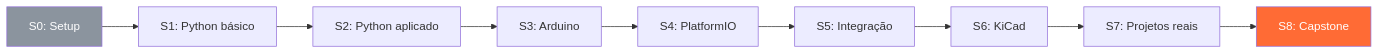
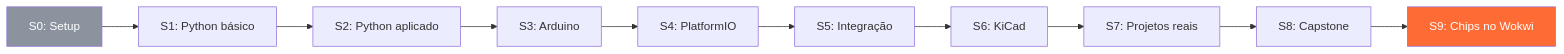
One commit to 1barizon/telemetry-trainee-program changed the third of 3 diagrams in docs/guia-do-aluno.md. Above: the diagram before and after it, drawn with Mermaid. The commit also changed other lines of this file and 32 other files, not shown here.

Commit message:
docs: oficializa a semana 9 de chips personalizados no Wokwi

````diff
--- a/docs/guia-do-aluno.md
+++ b/docs/guia-do-aluno.md
@@ -44,14 +44,15 @@
 ```mermaid
 graph LR
     S0[S0: Setup] --> S1[S1: Python básico]
     S1 --> S2[S2: Python aplicado]
     S2 --> S3[S3: Arduino]
     S3 --> S4[S4: PlatformIO]
     S4 --> S5[S5: Integração]
     S5 --> S6[S6: KiCad]
     S6 --> S7[S7: Projetos reais]
     S7 --> S8[S8: Capstone]
+    S8 --> S9[S9: Chips no Wokwi]
     
     style S0 fill:#8b949e,color:#fff
-    style S8 fill:#ff6b35,color:#fff
+    style S9 fill:#ff6b35,color:#fff
 ```
````
